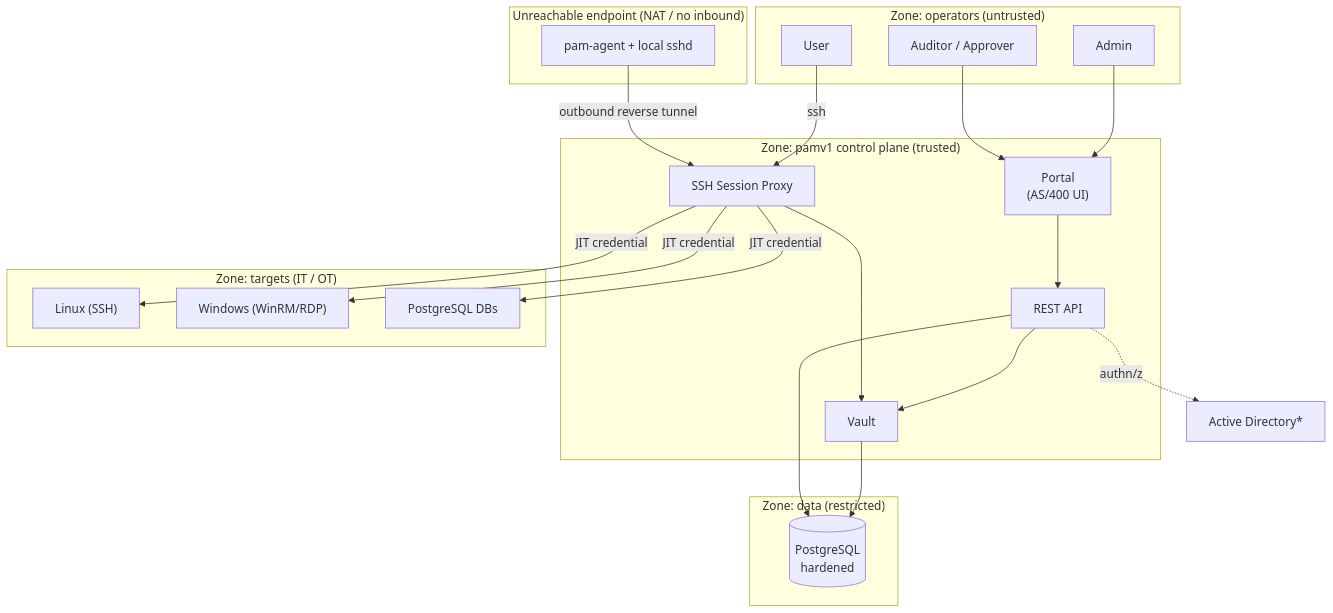
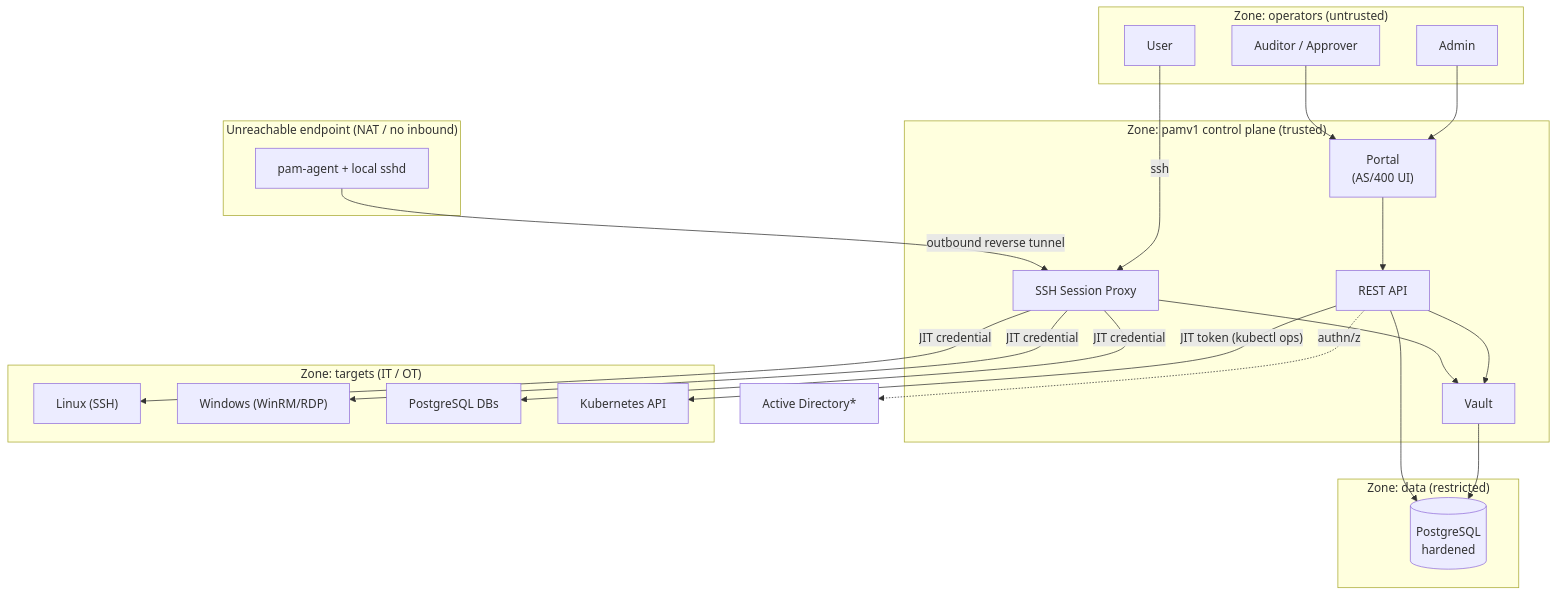
One commit to morandeirachema/PAMv1 changed the first of 4 diagrams in docs/ARCHITECTURE-HIGH-LEVEL.md. Above: the diagram before and after it, drawn with Mermaid. The commit also changed other lines of this file and 36 other files, not shown here.

````diff
--- a/docs/ARCHITECTURE-HIGH-LEVEL.md
+++ b/docs/ARCHITECTURE-HIGH-LEVEL.md
@@ -25,44 +25,46 @@
 ```mermaid
 flowchart TB
     subgraph Z0["Zone: operators (untrusted)"]
         ADMIN["  Admin  "]
         USER["  User  "]
         AUD["  Auditor / Approver  "]
     end
 
     subgraph Z1["Zone: pamv1 control plane (trusted)"]
         PORTAL["  Portal  <br/>  (AS/400 UI)  "]
         API["  REST API  "]
         PROXY["  SSH Session Proxy  "]
         VAULT["  Vault  "]
     end
 
     subgraph Z2["Zone: data (restricted)"]
         DB[("  PostgreSQL  <br/>  hardened  ")]
     end
 
     subgraph Z3["Zone: targets (IT / OT)"]
         LNX["  Linux (SSH)  "]
         WIN["  Windows (WinRM/RDP)  "]
         PGT["  PostgreSQL DBs  "]
+        K8S["  Kubernetes API  "]
     end
 
     subgraph Z4["Unreachable endpoint (NAT / no inbound)"]
         EPA["  pam-agent  +  local sshd  "]
     end
 
     IDP["  Active Directory*  "]
 
     ADMIN --> PORTAL --> API
     USER -->|"ssh"| PROXY
     AUD --> PORTAL
     API --> VAULT
     PROXY --> VAULT
     VAULT --> DB
     API --> DB
     API -.->|"authn/z"| IDP
     PROXY -->|"JIT credential"| LNX
     PROXY -->|"JIT credential"| WIN
     PROXY -->|"JIT credential"| PGT
+    API -->|"JIT token (kubectl ops)"| K8S
     EPA -->|"outbound reverse tunnel"| PROXY
 ```
````
